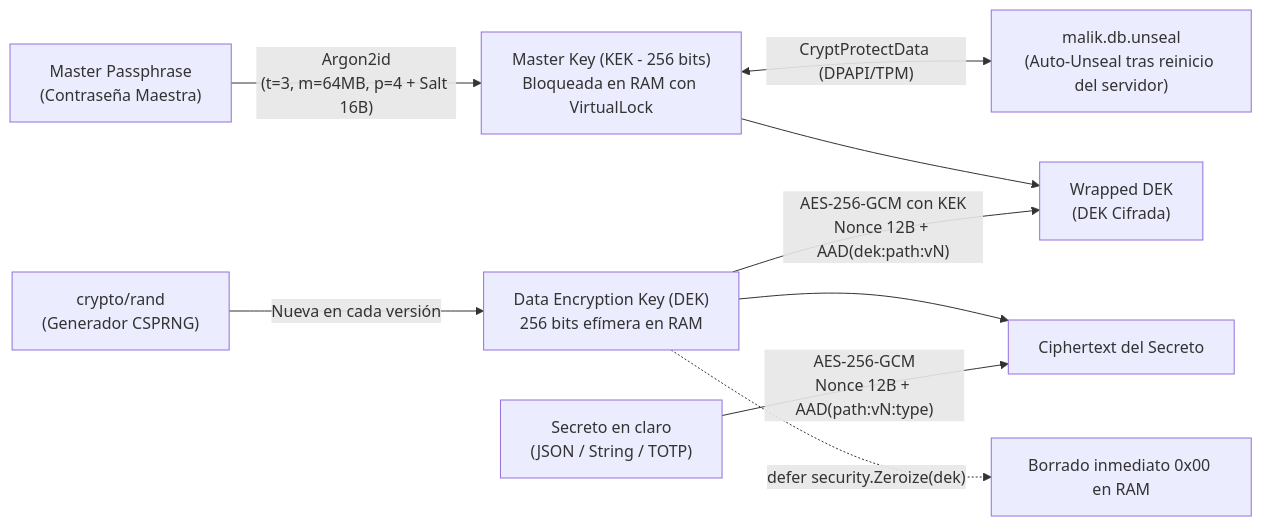
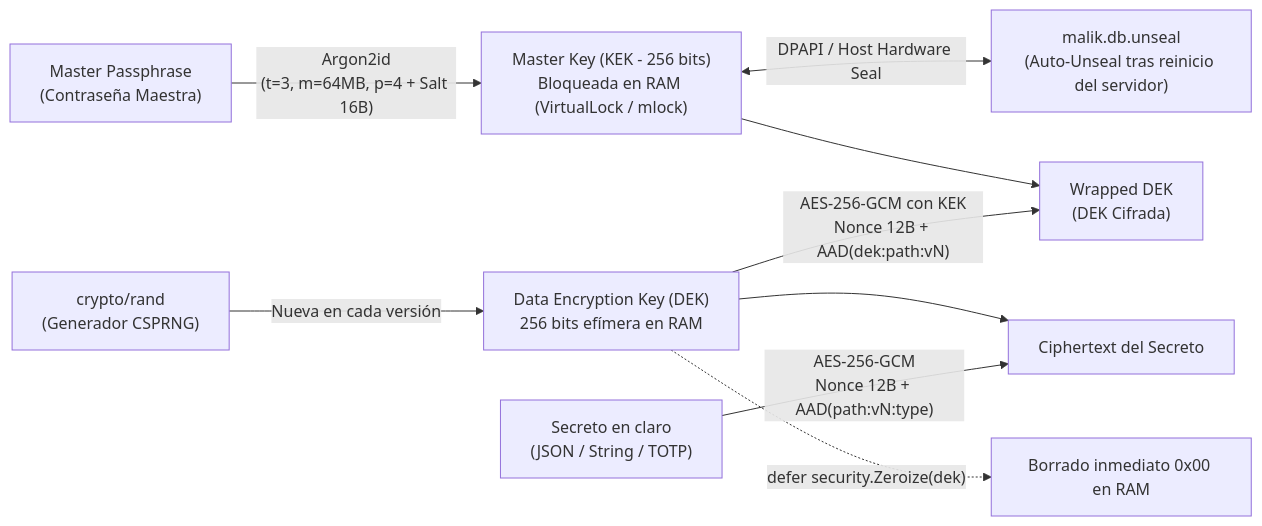
One commit to eduardoddddddd/MalikSSM changed the second of 2 diagrams in README.md. Above: the diagram before and after it, drawn with Mermaid. The commit also changed other lines of this file, not shown here.

````diff
--- a/README.md
+++ b/README.md
@@ -120,15 +147,15 @@
 ```mermaid
 flowchart LR
-    PASS["Master Passphrase\n(Contraseña Maestra)"] -->|"Argon2id\n(t=3, m=64MB, p=4 + Salt 16B)"| KEK["Master Key (KEK - 256 bits)\nBloqueada en RAM con VirtualLock"]
-    KEK <-->|"CryptProtectData (DPAPI/TPM)"| UNSEAL["malik.db.unseal\n(Auto-Unseal tras reinicio del servidor)"]
+    PASS["Master Passphrase\n(Contraseña Maestra)"] -->|"Argon2id\n(t=3, m=64MB, p=4 + Salt 16B)"| KEK["Master Key (KEK - 256 bits)\nBloqueada en RAM (VirtualLock / mlock)"]
+    KEK <-->|"DPAPI / Host Hardware Seal"| UNSEAL["malik.db.unseal\n(Auto-Unseal tras reinicio del servidor)"]
     
     RNG["crypto/rand\n(Generador CSPRNG)"] -->|"Nueva en cada versión"| DEK["Data Encryption Key (DEK)\n256 bits efímera en RAM"]
     
     PLAIN["Secreto en claro\n(JSON / String / TOTP)"] -->|"AES-256-GCM\nNonce 12B + AAD(path:vN:type)"| CIPHER["Ciphertext del Secreto"]
     DEK --> CIPHER
     
     DEK -->|"AES-256-GCM con KEK\nNonce 12B + AAD(dek:path:vN)"| WRAPPED["Wrapped DEK\n(DEK Cifrada)"]
     KEK --> WRAPPED
     
     DEK -.->|"defer security.Zeroize(dek)"| WIPE["Borrado inmediato 0x00 en RAM"]
 ```
````
